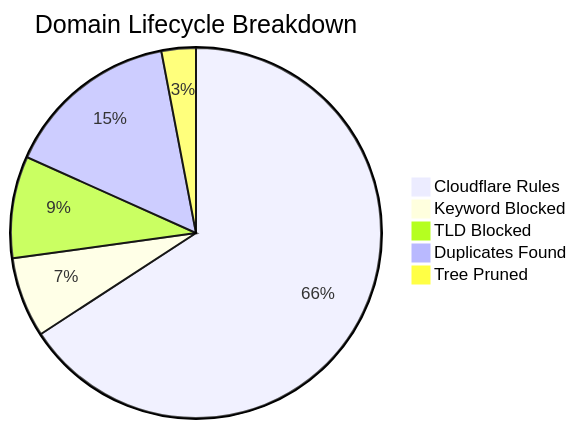
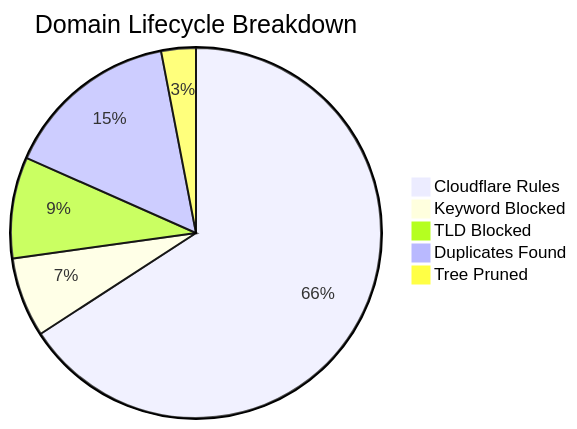
One commit to brojangles24/Cloudflare-ZeroTrust-AdBlock changed the diagram in README_STATS.md. Above: the diagram before and after it, drawn with Mermaid. The commit also changed other lines of this file and 1 other file, not shown here.

````diff
--- a/README_STATS.md
+++ b/README_STATS.md
@@ -5,8 +5,8 @@
 ```mermaid
 pie title Domain Lifecycle Breakdown
-    "Cloudflare Rules" : 269236
-    "Keyword Blocked" : 28642
-    "TLD Blocked" : 36415
-    "Duplicates Found" : 62531
-    "Tree Pruned" : 12278
+    "Cloudflare Rules" : 266997
+    "Keyword Blocked" : 28237
+    "TLD Blocked" : 35832
+    "Duplicates Found" : 62222
+    "Tree Pruned" : 12260
 ```
````
